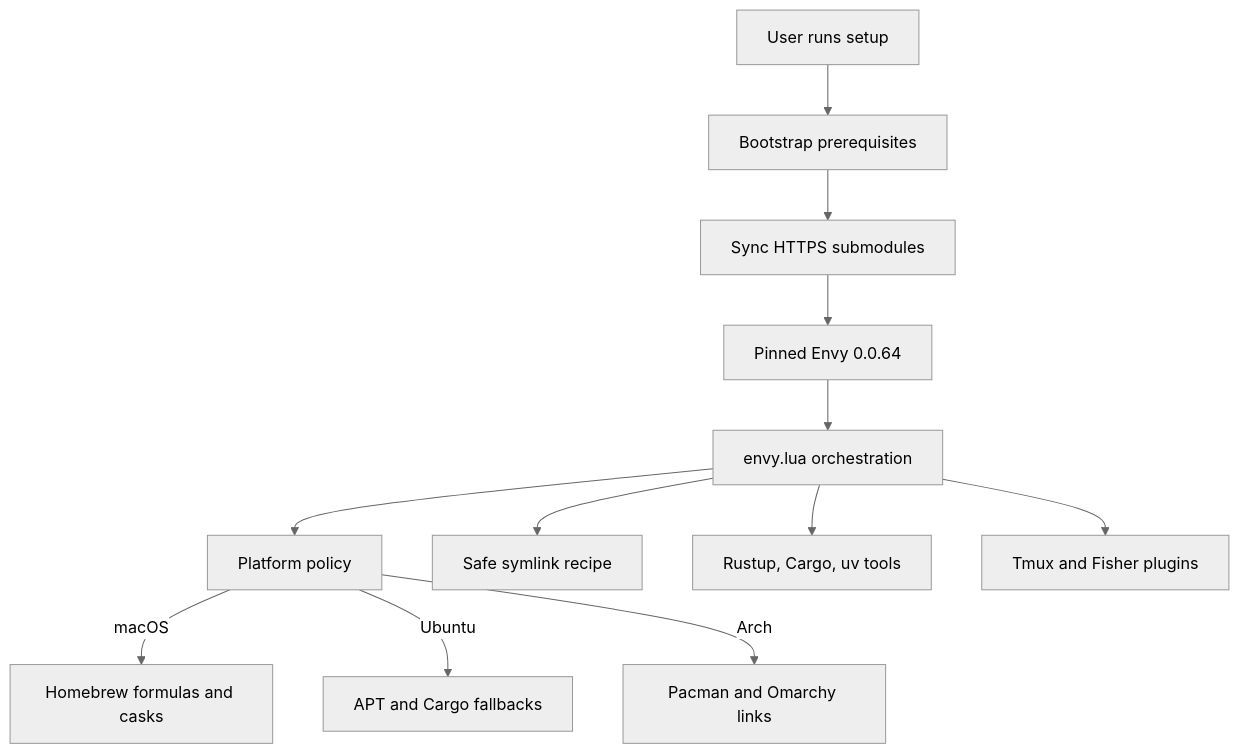
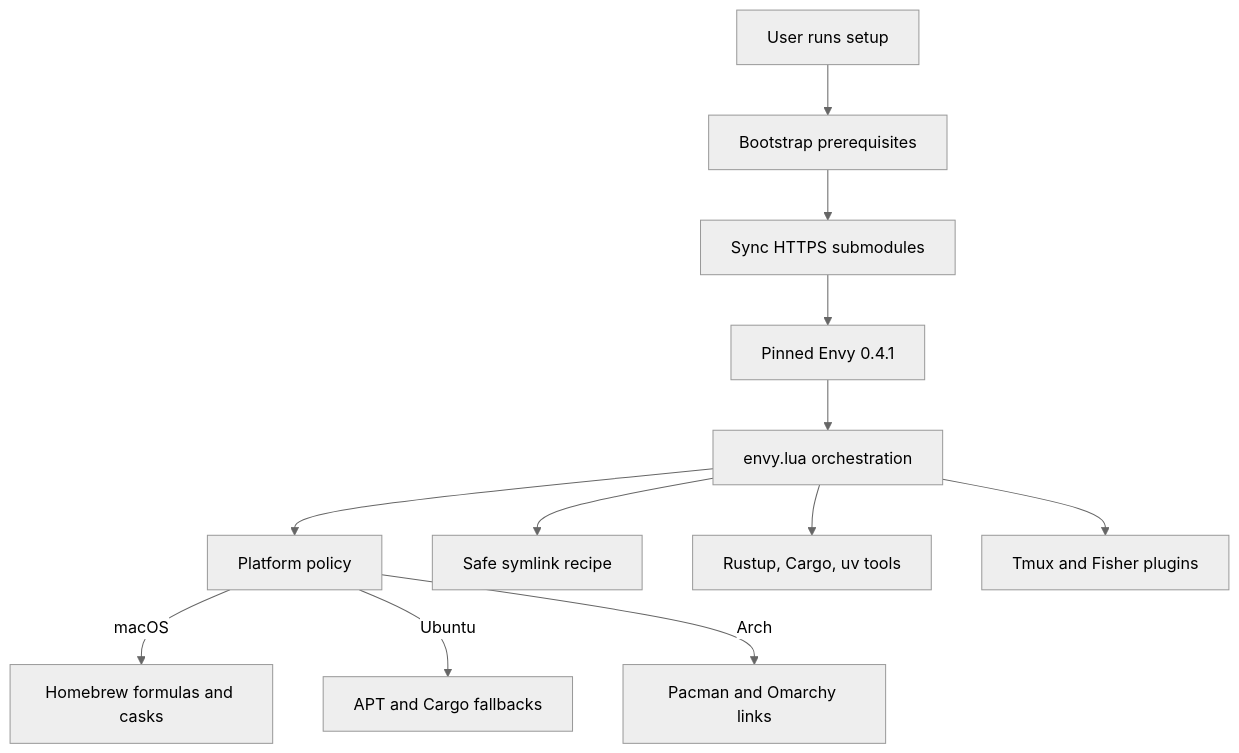
The first of 2 diagrams in docs/envy-cross-platform.md (hantianjz/dotfiles), drawn with Mermaid (neutral theme) before and after one commit. The commit also changed 6 other files, not shown here.

````diff
--- a/docs/envy-cross-platform.md
+++ b/docs/envy-cross-platform.md
@@ -36,14 +36,14 @@
 ```mermaid
 flowchart TB
     User[User runs setup] --> Bootstrap[Bootstrap prerequisites]
     Bootstrap --> Submodules[Sync HTTPS submodules]
-    Submodules --> Envy[Pinned Envy 0.0.64]
+    Submodules --> Envy[Pinned Envy 0.4.1]
     Envy --> Manifest[envy.lua orchestration]
     Manifest --> Policy[Platform policy]
     Policy -->|macOS| Brew[Homebrew formulas and casks]
     Policy -->|Ubuntu| Apt[APT and Cargo fallbacks]
     Policy -->|Arch| Pacman[Pacman and Omarchy links]
     Manifest --> Links[Safe symlink recipe]
     Manifest --> Tools[Rustup, Cargo, uv tools]
     Manifest --> Plugins[Tmux and Fisher plugins]
 ```
````
